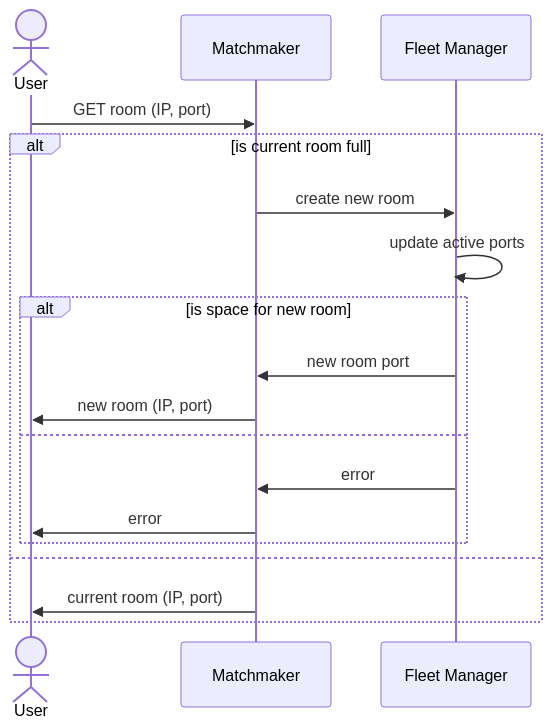
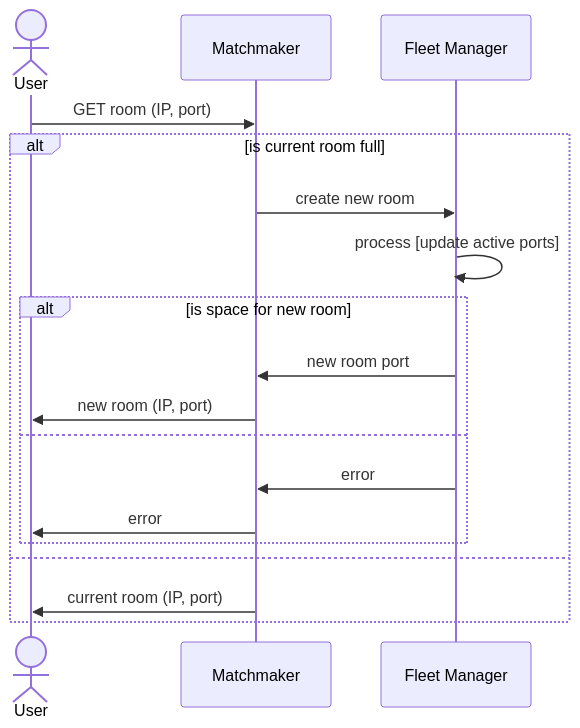
The fourth of 5 diagrams in README.md (AdrKacz/super-duper-guacamole), drawn with Mermaid before and after one commit. The commit also changed other lines of this file, not shown here.

````diff
--- a/README.md
+++ b/README.md
@@ -149,20 +88,20 @@
 ```mermaid
 sequenceDiagram
     actor User
     participant MM as Matchmaker
     participant FM as Fleet Manager
     User ->> MM: GET room (IP, port)
     alt is current room full
         MM ->> FM: create new room
-        FM ->> FM: update active ports
+        FM ->> FM: process [update active ports]
         alt is space for new room
             FM ->> MM: new room port
             MM ->> User: new room (IP, port)
         else
             FM ->> MM: error
             MM ->> User: error
         end
     else
       MM ->> User: current room (IP, port)
     end
 ```
````
